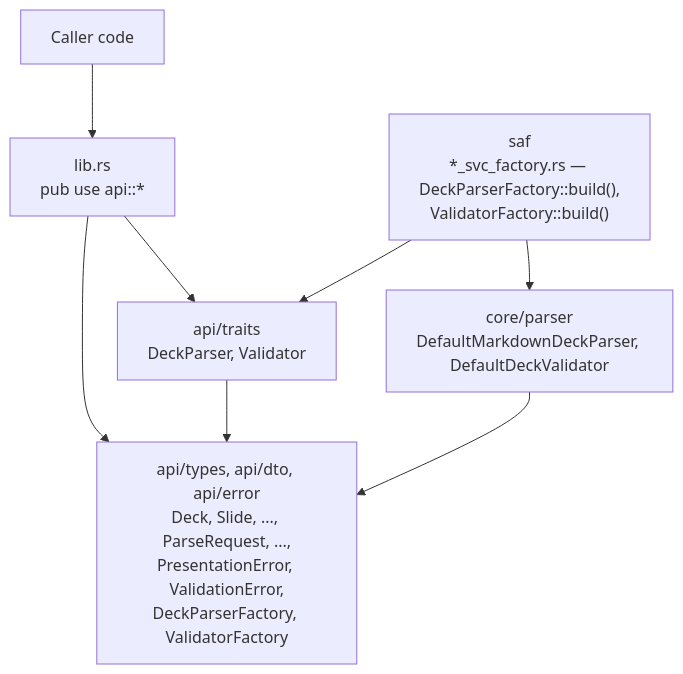
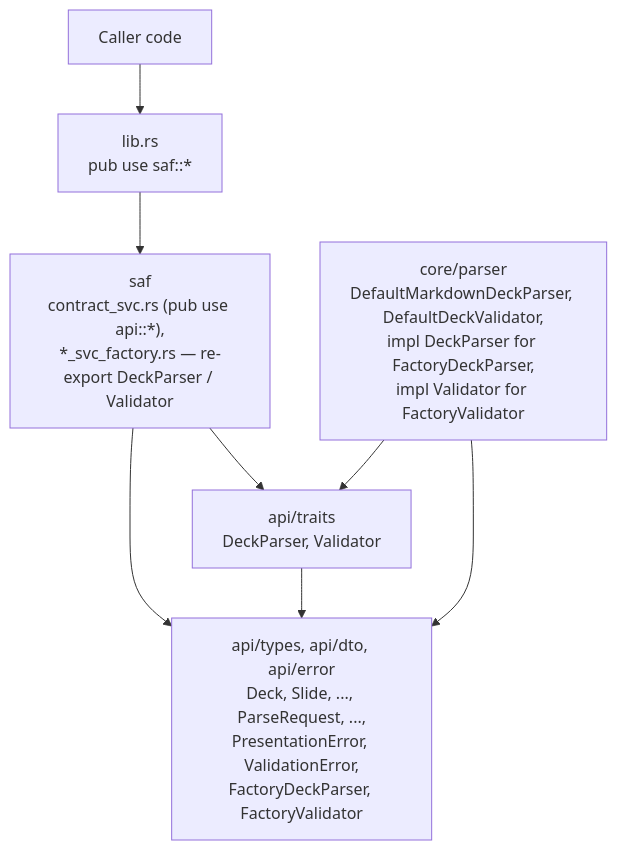
The first of 2 diagrams in docs/3-design/architecture.md (sweengineeringlabs/pdf-engine-presentation), drawn with Mermaid before and after one commit. The commit also changed other lines of this file and 32 other files, not shown here.

````diff
--- a/docs/3-design/architecture.md
+++ b/docs/3-design/architecture.md
@@ -30,17 +36,17 @@
 ```mermaid
 graph TD
     Caller["Caller code"]
-    Lib["lib.rs<br/>pub use api::*"]
+    Lib["lib.rs<br/>pub use saf::*"]
     ApiTraits["api/traits<br/>DeckParser, Validator"]
-    ApiTypes["api/types, api/dto, api/error<br/>Deck, Slide, ..., ParseRequest, ...,<br/>PresentationError, ValidationError,<br/>DeckParserFactory, ValidatorFactory"]
-    Core["core/parser<br/>DefaultMarkdownDeckParser, DefaultDeckValidator"]
-    Saf["saf<br/>*_svc_factory.rs — DeckParserFactory::build(),<br/>ValidatorFactory::build()"]
+    ApiTypes["api/types, api/dto, api/error<br/>Deck, Slide, ..., ParseRequest, ...,<br/>PresentationError, ValidationError,<br/>FactoryDeckParser, FactoryValidator"]
+    Core["core/parser<br/>DefaultMarkdownDeckParser, DefaultDeckValidator,<br/>impl DeckParser for FactoryDeckParser,<br/>impl Validator for FactoryValidator"]
+    Saf["saf<br/>contract_svc.rs (pub use api::*),<br/>*_svc_factory.rs — re-export DeckParser / Validator"]
 
     Caller --> Lib
-    Lib --> ApiTraits
-    Lib --> ApiTypes
+    Lib --> Saf
+    Saf --> ApiTraits
+    Saf --> ApiTypes
     ApiTraits --> ApiTypes
-    Saf --> ApiTraits
-    Saf --> Core
+    Core --> ApiTraits
     Core --> ApiTypes
 ```
````
